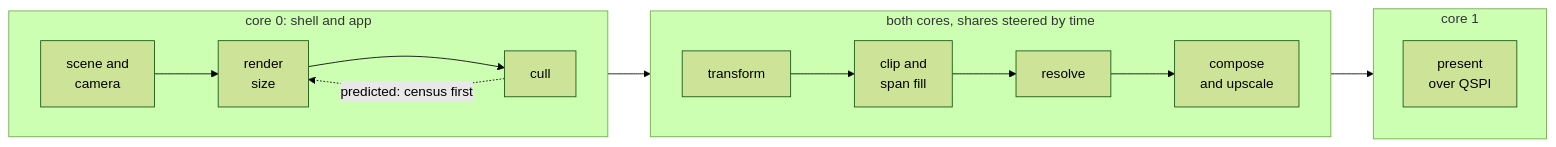
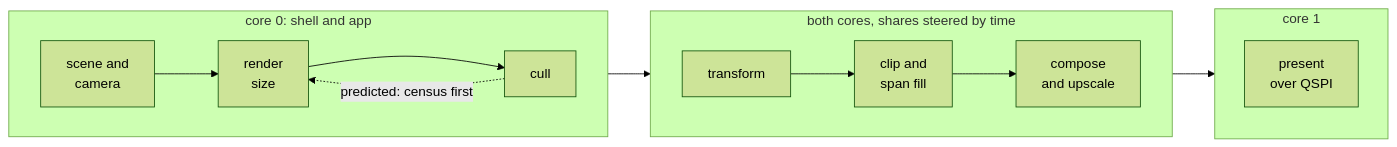
One commit to jose-villegas/autana changed the diagram in docs/render/frame/README.md. Above: the diagram before and after it, drawn with Mermaid (forest theme). The commit also changed other lines of this file and 33 other files, not shown here.

````diff
--- a/docs/render/frame/README.md
+++ b/docs/render/frame/README.md
@@ -8,16 +8,16 @@
 ```mermaid
 flowchart LR
     subgraph C0["core 0: shell and app"]
         direction LR
         Scene[scene and<br/>camera] --> Size[render<br/>size] --> Cull[cull]
         Cull -. "predicted: census first" .-> Size
     end
     subgraph Both["both cores, shares steered by time"]
         direction LR
-        Xf[transform] --> Fill[clip and<br/>span fill] --> Res[resolve] --> Up[compose<br/>and upscale]
+        Xf[transform] --> Fill[clip and<br/>span fill] --> Up[compose<br/>and upscale]
     end
     subgraph C1["core 1"]
         Present[present<br/>over QSPI]
     end
     C0 --> Both --> C1
 ```
````
